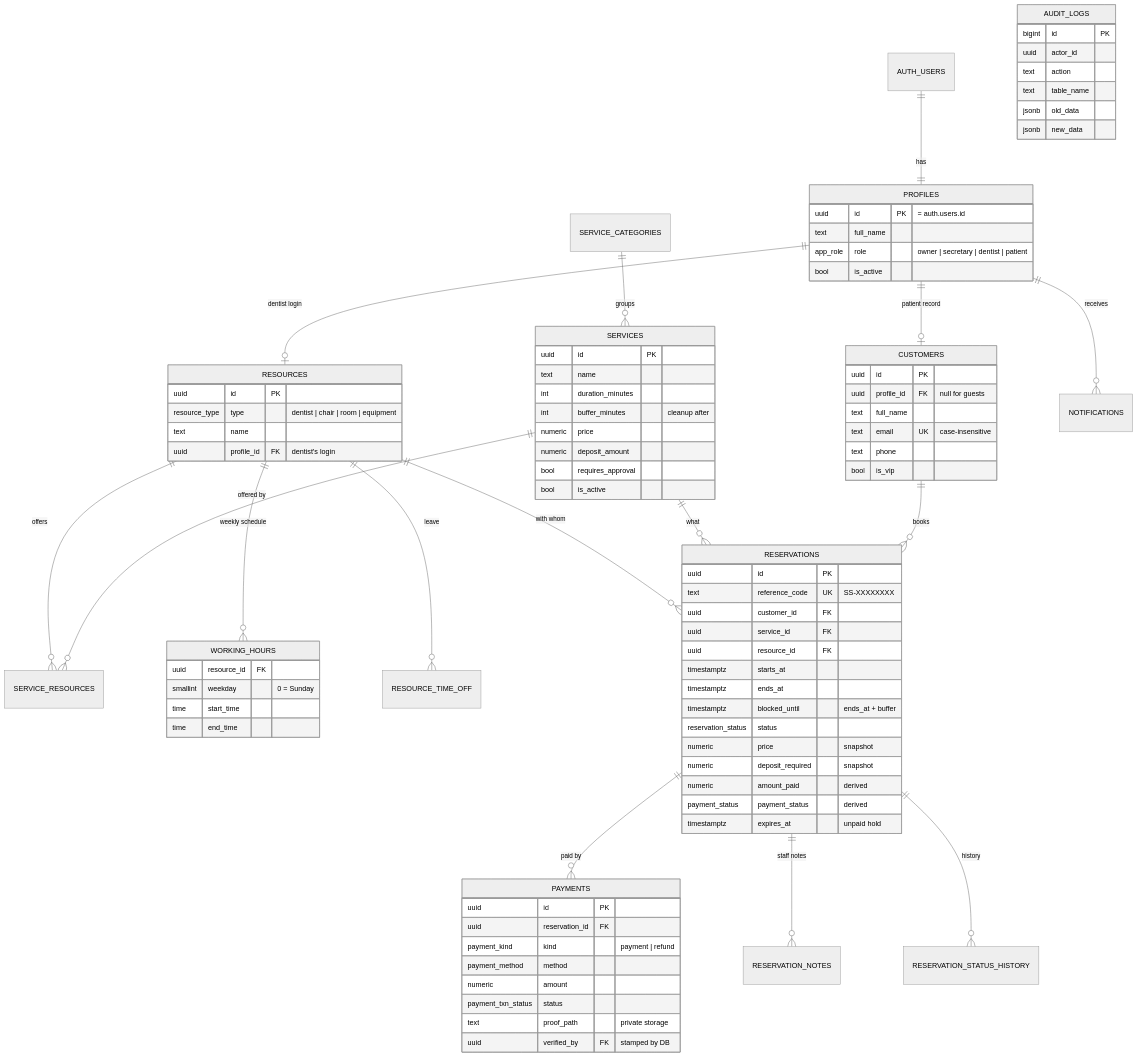
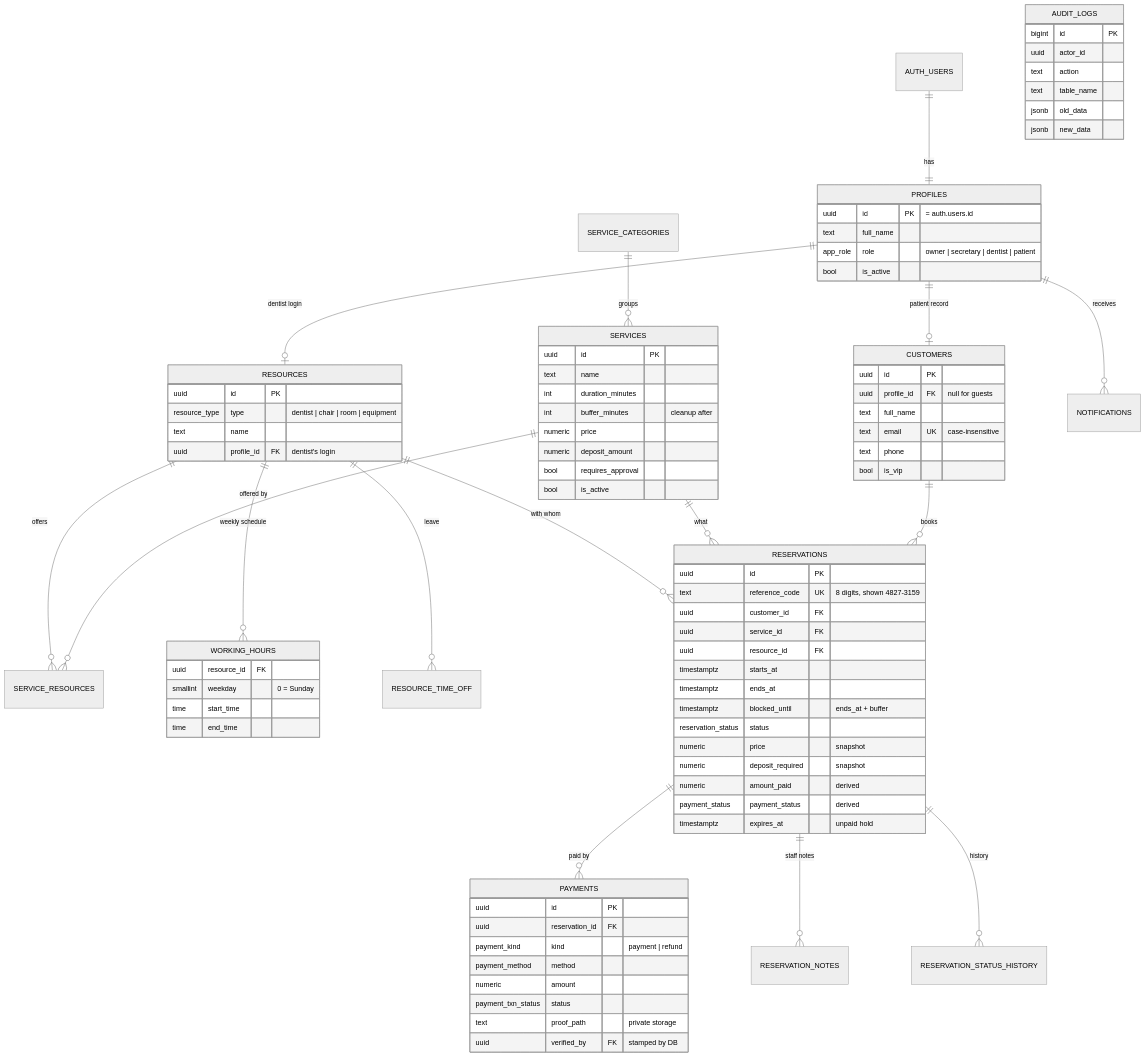
Before and after one commit to angeloufiel/smileslot: the first of 2 diagrams in docs/DATABASE.md, drawn with Mermaid (neutral theme). The commit also changed 40 other files, not shown here.

```diff
--- a/docs/DATABASE.md
+++ b/docs/DATABASE.md
@@ -68,7 +68,7 @@
   }
   RESERVATIONS {
     uuid id PK
-    text reference_code UK "SS-XXXXXXXX"
+    text reference_code UK "8 digits, shown 4827-3159"
     uuid customer_id FK
     uuid service_id FK
     uuid resource_id FK
```
